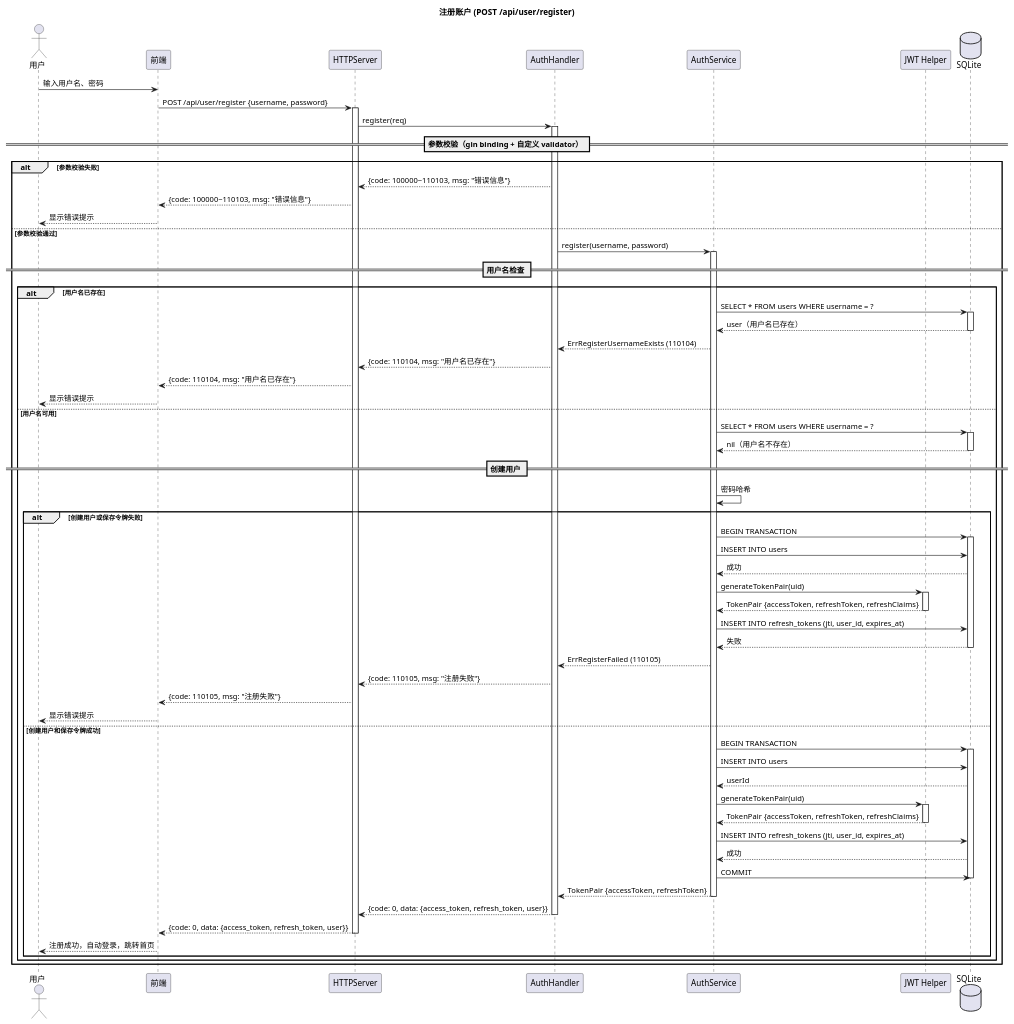
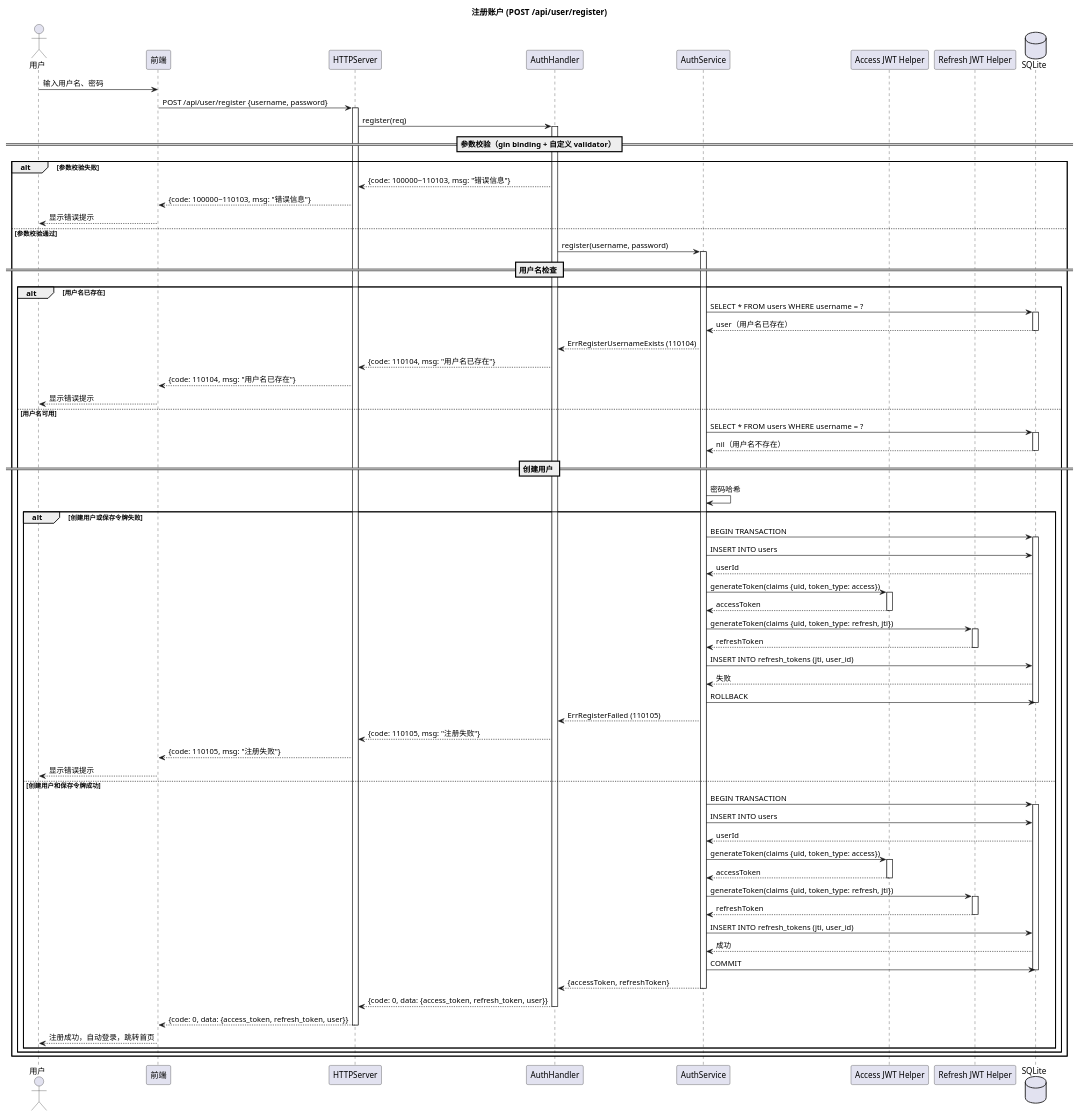
Before and after one commit to loommii/OctoTify: the diagram in docs/uml/02-sequence/01-01-register.puml, drawn with PlantUML. The commit also changed 10 other files, not shown here.

First line of the commit message:
✨ feat(auth): 新增刷新令牌接口并重构 JWT 为双 Helper 架构

```diff
--- a/docs/uml/02-sequence/01-01-register.puml
+++ b/docs/uml/02-sequence/01-01-register.puml
@@ -1,93 +1,103 @@
 @startuml OctoTify_Sequence_Register
 
 skinparam sequenceStyle svg
 skinparam linetype ortho
 
 title 注册账户 (POST /api/user/register)
 
 actor "用户" as User
 participant "前端" as Frontend
 participant "HTTPServer" as Server
 participant "AuthHandler" as Handler
 participant "AuthService" as Auth
-participant "JWT Helper" as JWT
+participant "Access JWT Helper" as AccessJWT
+participant "Refresh JWT Helper" as RefreshJWT
 database "SQLite" as DB
 
 User -> Frontend: 输入用户名、密码
 Frontend -> Server: POST /api/user/register {username, password}
 activate Server
 Server -> Handler: register(req)
 activate Handler
 
 == 参数校验（gin binding + 自定义 validator） ==
 
 alt 参数校验失败
     Handler --> Server: {code: 100000~110103, msg: "错误信息"}
     Server --> Frontend: {code: 100000~110103, msg: "错误信息"}
     Frontend --> User: 显示错误提示
 else 参数校验通过
     Handler -> Auth: register(username, password)
     activate Auth
 
     == 用户名检查 ==
 
     alt 用户名已存在
         Auth -> DB: SELECT * FROM users WHERE username = ?
         activate DB
         DB --> Auth: user（用户名已存在）
         deactivate DB
         Auth --> Handler: ErrRegisterUsernameExists (110104)
         Handler --> Server: {code: 110104, msg: "用户名已存在"}
         Server --> Frontend: {code: 110104, msg: "用户名已存在"}
         Frontend --> User: 显示错误提示
     else 用户名可用
         Auth -> DB: SELECT * FROM users WHERE username = ?
         activate DB
         DB --> Auth: nil（用户名不存在）
         deactivate DB
 
         == 创建用户 ==
 
         Auth -> Auth: 密码哈希
 
         alt 创建用户或保存令牌失败
             Auth -> DB: BEGIN TRANSACTION
             activate DB
             Auth -> DB: INSERT INTO users
-            DB --> Auth: 成功
-            Auth -> JWT: generateTokenPair(uid)
-            activate JWT
-            JWT --> Auth: TokenPair {accessToken, refreshToken, refreshClaims}
-            deactivate JWT
-            Auth -> DB: INSERT INTO refresh_tokens (jti, user_id, expires_at)
+            DB --> Auth: userId
+            Auth -> AccessJWT: generateToken(claims {uid, token_type: access})
+            activate AccessJWT
+            AccessJWT --> Auth: accessToken
+            deactivate AccessJWT
+            Auth -> RefreshJWT: generateToken(claims {uid, token_type: refresh, jti})
+            activate RefreshJWT
+            RefreshJWT --> Auth: refreshToken
+            deactivate RefreshJWT
+            Auth -> DB: INSERT INTO refresh_tokens (jti, user_id)
             DB --> Auth: 失败
+            Auth -> DB: ROLLBACK
             deactivate DB
             Auth --> Handler: ErrRegisterFailed (110105)
             Handler --> Server: {code: 110105, msg: "注册失败"}
             Server --> Frontend: {code: 110105, msg: "注册失败"}
             Frontend --> User: 显示错误提示
         else 创建用户和保存令牌成功
             Auth -> DB: BEGIN TRANSACTION
             activate DB
             Auth -> DB: INSERT INTO users
             DB --> Auth: userId
-            Auth -> JWT: generateTokenPair(uid)
-            activate JWT
-            JWT --> Auth: TokenPair {accessToken, refreshToken, refreshClaims}
-            deactivate JWT
-            Auth -> DB: INSERT INTO refresh_tokens (jti, user_id, expires_at)
+            Auth -> AccessJWT: generateToken(claims {uid, token_type: access})
+            activate AccessJWT
+            AccessJWT --> Auth: accessToken
+            deactivate AccessJWT
+            Auth -> RefreshJWT: generateToken(claims {uid, token_type: refresh, jti})
+            activate RefreshJWT
+            RefreshJWT --> Auth: refreshToken
+            deactivate RefreshJWT
+            Auth -> DB: INSERT INTO refresh_tokens (jti, user_id)
             DB --> Auth: 成功
             Auth -> DB: COMMIT
             deactivate DB
-            Auth --> Handler: TokenPair {accessToken, refreshToken}
+            Auth --> Handler: {accessToken, refreshToken}
             deactivate Auth
             Handler --> Server: {code: 0, data: {access_token, refresh_token, user}}
             deactivate Handler
             Server --> Frontend: {code: 0, data: {access_token, refresh_token, user}}
             deactivate Server
             Frontend --> User: 注册成功，自动登录，跳转首页
         end
     end
 end
 
 @enduml
```
